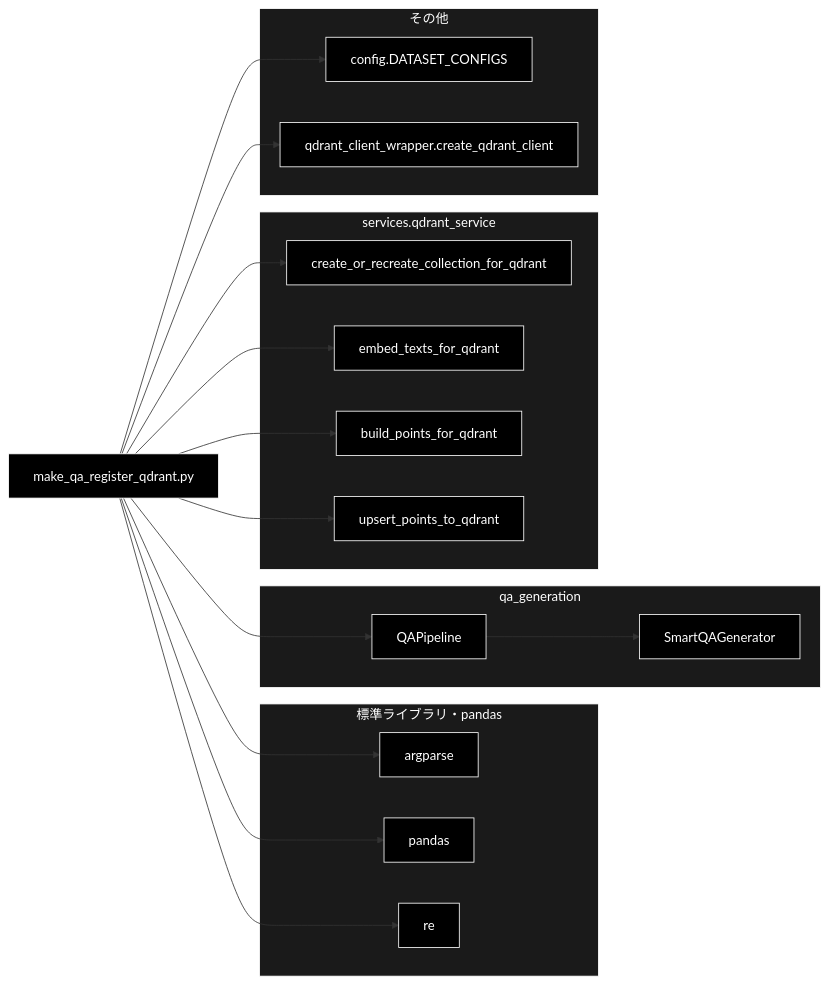
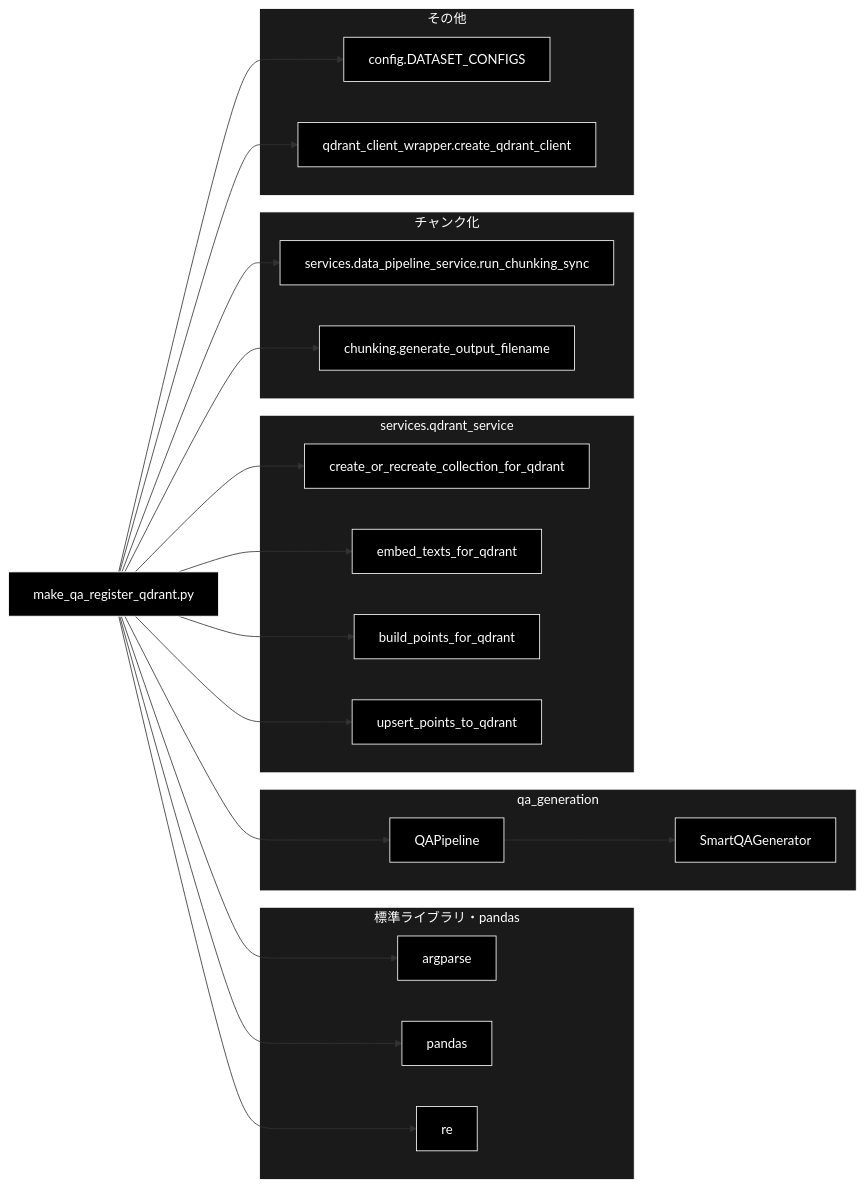
One commit to nakashima2toshio/grace_v2 changed the fourth of 4 diagrams in qa_qdrant/docs/make_qa_register_qdrant_ipo.md. Above: the diagram before and after it, drawn with Mermaid. The commit also changed other lines of this file and 5 other files, not shown here.

````diff
--- a/qa_qdrant/docs/make_qa_register_qdrant_ipo.md
+++ b/qa_qdrant/docs/make_qa_register_qdrant_ipo.md
@@ -546,46 +621,54 @@
 ```mermaid
 flowchart LR
     MQR["make_qa_register_qdrant.py"]
 
     subgraph STD["標準ライブラリ・pandas"]
         ARGP["argparse"]
         PD["pandas"]
         RE["re"]
     end
 
     subgraph QAGEN["qa_generation"]
         PIPE["QAPipeline"]
         SMART["SmartQAGenerator"]
     end
 
     subgraph SVC["services.qdrant_service"]
         COLL["create_or_recreate_collection_for_qdrant"]
         EMB["embed_texts_for_qdrant"]
         PTS["build_points_for_qdrant"]
         UPS["upsert_points_to_qdrant"]
     end
 
+    subgraph CHUNKPKG["チャンク化"]
+        RCS["services.data_pipeline_service.run_chunking_sync"]
+        GOF["chunking.generate_output_filename"]
+    end
+
     subgraph OTHER["その他"]
         CONF["config.DATASET_CONFIGS"]
         QCW["qdrant_client_wrapper.create_qdrant_client"]
     end
 
     MQR --> ARGP
     MQR --> PD
     MQR --> RE
     MQR --> PIPE
     PIPE --> SMART
     MQR --> COLL
     MQR --> EMB
     MQR --> PTS
     MQR --> UPS
     MQR --> CONF
     MQR --> QCW
+    MQR --> RCS
+    MQR --> GOF
 classDef default fill:#000,stroke:#fff,color:#fff
 classDef subgraphStyle fill:#1a1a1a,stroke:#fff,color:#fff
-class MQR,ARGP,PD,RE,PIPE,SMART,COLL,EMB,PTS,UPS,CONF,QCW default
+class MQR,ARGP,PD,RE,PIPE,SMART,COLL,EMB,PTS,UPS,CONF,QCW,RCS,GOF default
 style STD fill:#1a1a1a,stroke:#fff,color:#fff
 style QAGEN fill:#1a1a1a,stroke:#fff,color:#fff
 style SVC fill:#1a1a1a,stroke:#fff,color:#fff
 style OTHER fill:#1a1a1a,stroke:#fff,color:#fff
+style CHUNKPKG fill:#1a1a1a,stroke:#fff,color:#fff
 ```
````
